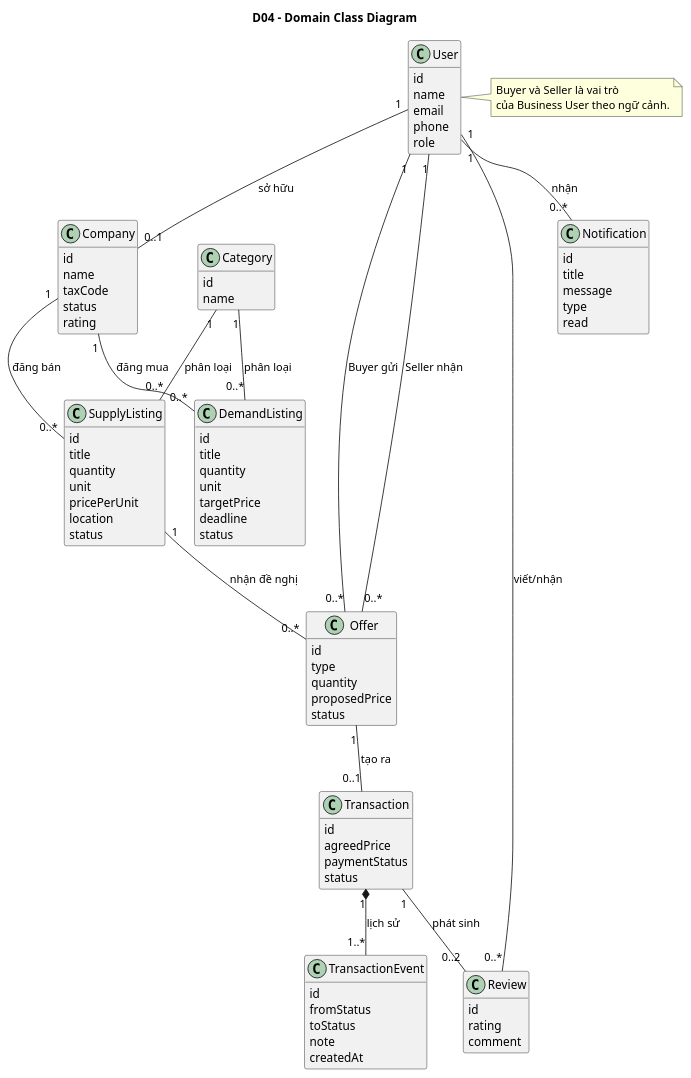
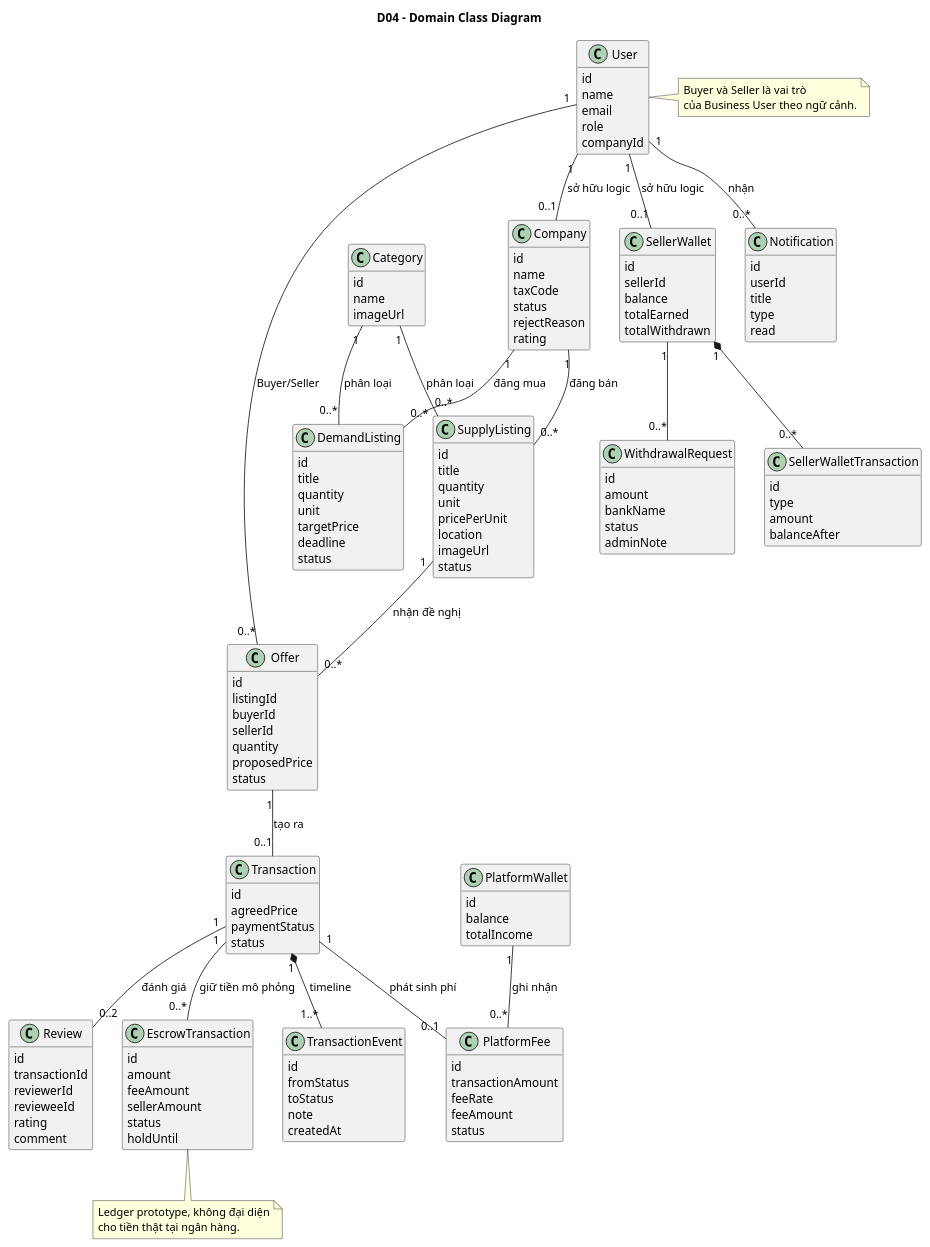
The diagram in project-submission/04-diagrams/chapter-02-business/D04-domain-class.puml (NguyetNgaLe/Circular-Materials-Exchange), drawn with PlantUML before and after one commit. The commit also changed 129 other files, not shown here.

```diff
--- a/project-submission/04-diagrams/chapter-02-business/D04-domain-class.puml
+++ b/project-submission/04-diagrams/chapter-02-business/D04-domain-class.puml
@@ -1,102 +1,165 @@
 @startuml
 title D04 - Domain Class Diagram
 hide methods
 skinparam classAttributeIconSize 0
 
 class User {
   id
   name
   email
-  phone
   role
+  companyId
 }
 
 class Company {
   id
   name
   taxCode
   status
+  rejectReason
   rating
 }
 
 class Category {
   id
   name
+  imageUrl
 }
 
 class SupplyListing {
   id
   title
   quantity
   unit
   pricePerUnit
   location
+  imageUrl
   status
 }
 
 class DemandListing {
   id
   title
   quantity
   unit
   targetPrice
   deadline
   status
 }
 
 class Offer {
   id
-  type
+  listingId
+  buyerId
+  sellerId
   quantity
   proposedPrice
   status
 }
 
 class Transaction {
   id
   agreedPrice
   paymentStatus
   status
 }
 
 class TransactionEvent {
   id
   fromStatus
   toStatus
   note
   createdAt
 }
 
+class EscrowTransaction {
+  id
+  amount
+  feeAmount
+  sellerAmount
+  status
+  holdUntil
+}
+
+class PlatformFee {
+  id
+  transactionAmount
+  feeRate
+  feeAmount
+  status
+}
+
+class PlatformWallet {
+  id
+  balance
+  totalIncome
+}
+
+class SellerWallet {
+  id
+  sellerId
+  balance
+  totalEarned
+  totalWithdrawn
+}
+
+class SellerWalletTransaction {
+  id
+  type
+  amount
+  balanceAfter
+}
+
+class WithdrawalRequest {
+  id
+  amount
+  bankName
+  status
+  adminNote
+}
+
 class Review {
   id
+  transactionId
+  reviewerId
+  revieweeId
   rating
   comment
 }
 
 class Notification {
   id
+  userId
   title
-  message
   type
   read
 }
 
-User "1" -- "0..1" Company : sở hữu
+User "1" -- "0..1" Company : sở hữu logic
 Company "1" -- "0..*" SupplyListing : đăng bán
 Company "1" -- "0..*" DemandListing : đăng mua
 Category "1" -- "0..*" SupplyListing : phân loại
 Category "1" -- "0..*" DemandListing : phân loại
 SupplyListing "1" -- "0..*" Offer : nhận đề nghị
-User "1" -- "0..*" Offer : Buyer gửi
-User "1" -- "0..*" Offer : Seller nhận
+User "1" -- "0..*" Offer : Buyer/Seller
 Offer "1" -- "0..1" Transaction : tạo ra
-Transaction "1" *-- "1..*" TransactionEvent : lịch sử
-Transaction "1" -- "0..2" Review : phát sinh
-User "1" -- "0..*" Review : viết/nhận
+Transaction "1" *-- "1..*" TransactionEvent : timeline
+Transaction "1" -- "0..*" EscrowTransaction : giữ tiền mô phỏng
+Transaction "1" -- "0..1" PlatformFee : phát sinh phí
+PlatformWallet "1" -- "0..*" PlatformFee : ghi nhận
+User "1" -- "0..1" SellerWallet : sở hữu logic
+SellerWallet "1" *-- "0..*" SellerWalletTransaction
+SellerWallet "1" -- "0..*" WithdrawalRequest
+Transaction "1" -- "0..2" Review : đánh giá
 User "1" -- "0..*" Notification : nhận
 
 note right of User
   Buyer và Seller là vai trò
   của Business User theo ngữ cảnh.
 end note
+
+note bottom of EscrowTransaction
+  Ledger prototype, không đại diện
+  cho tiền thật tại ngân hàng.
+end note
 @enduml
```
